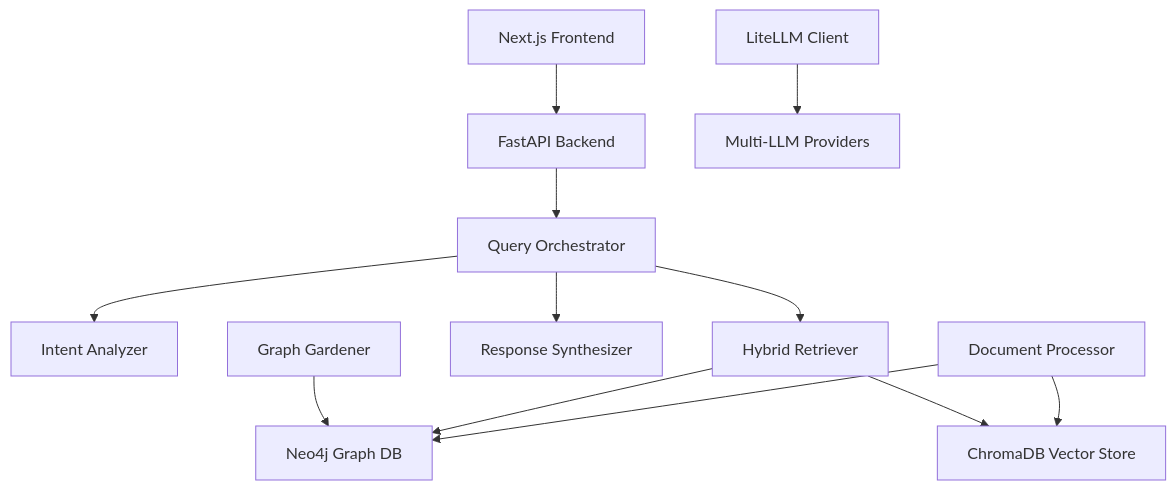
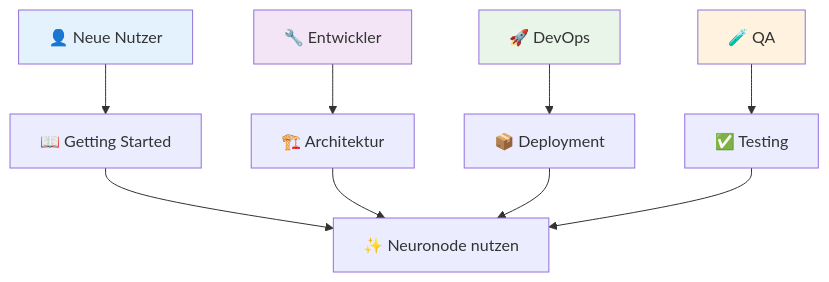
Before and after one commit to bneweling/neuronode: the first of 4 diagrams in docs/README.md, drawn with Mermaid. The commit also changed other lines of this file and 344 other files, not shown here.

````diff
--- a/docs/README.md
+++ b/docs/README.md
@@ -163,17 +9,17 @@
 ```mermaid
-graph TB
-    A[Next.js Frontend] --> B[FastAPI Backend]
-    B --> C[Query Orchestrator]
-    C --> D[Intent Analyzer]
-    C --> E[Hybrid Retriever]
-    C --> F[Response Synthesizer]
+graph TD
+    A[👤 Neue Nutzer] --> B[📖 Getting Started]
+    C[🔧 Entwickler] --> D[🏗️ Architektur]
+    E[🚀 DevOps] --> F[📦 Deployment]
+    G[🧪 QA] --> H[✅ Testing]
     
-    G[Document Processor] --> H[Neo4j Graph DB]
-    G --> I[ChromaDB Vector Store]
+    B --> I[✨ Neuronode nutzen]
+    D --> I
+    F --> I
+    H --> I
     
-    E --> H
-    E --> I
-    
-    J[Graph Gardener] --> H
-    K[LiteLLM Client] --> L[Multi-LLM Providers]
+    style A fill:#e3f2fd
+    style C fill:#f3e5f5
+    style E fill:#e8f5e8
+    style G fill:#fff3e0
 ```
````
